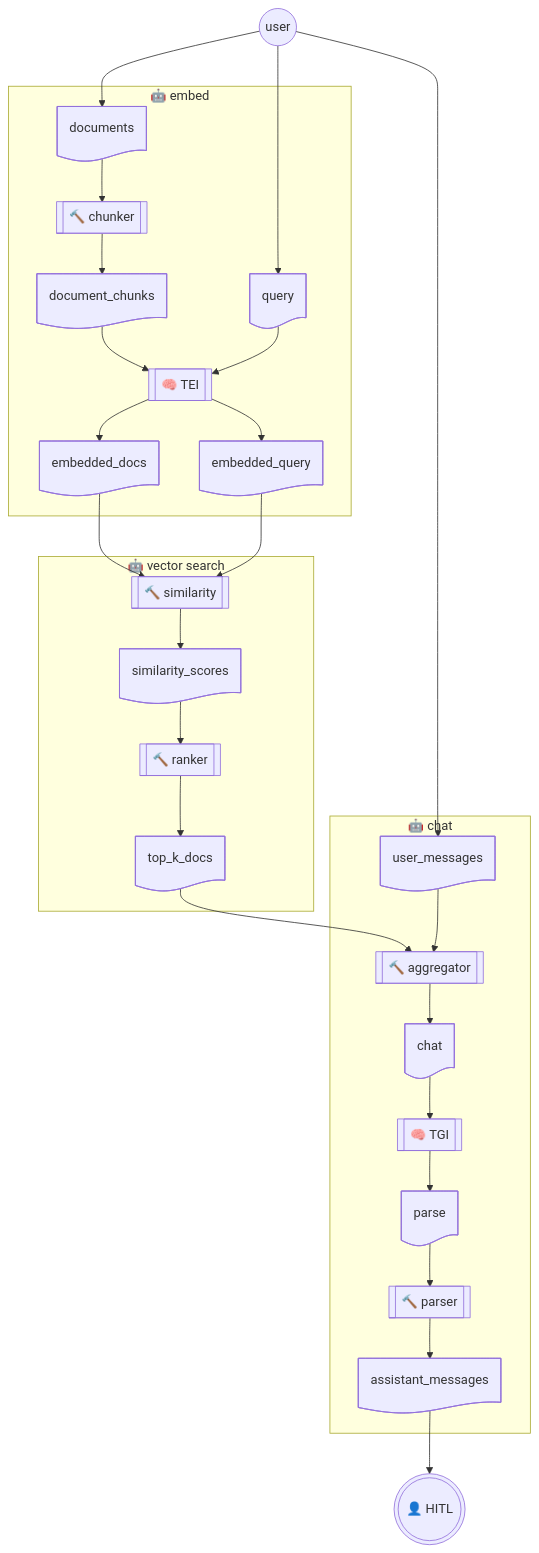
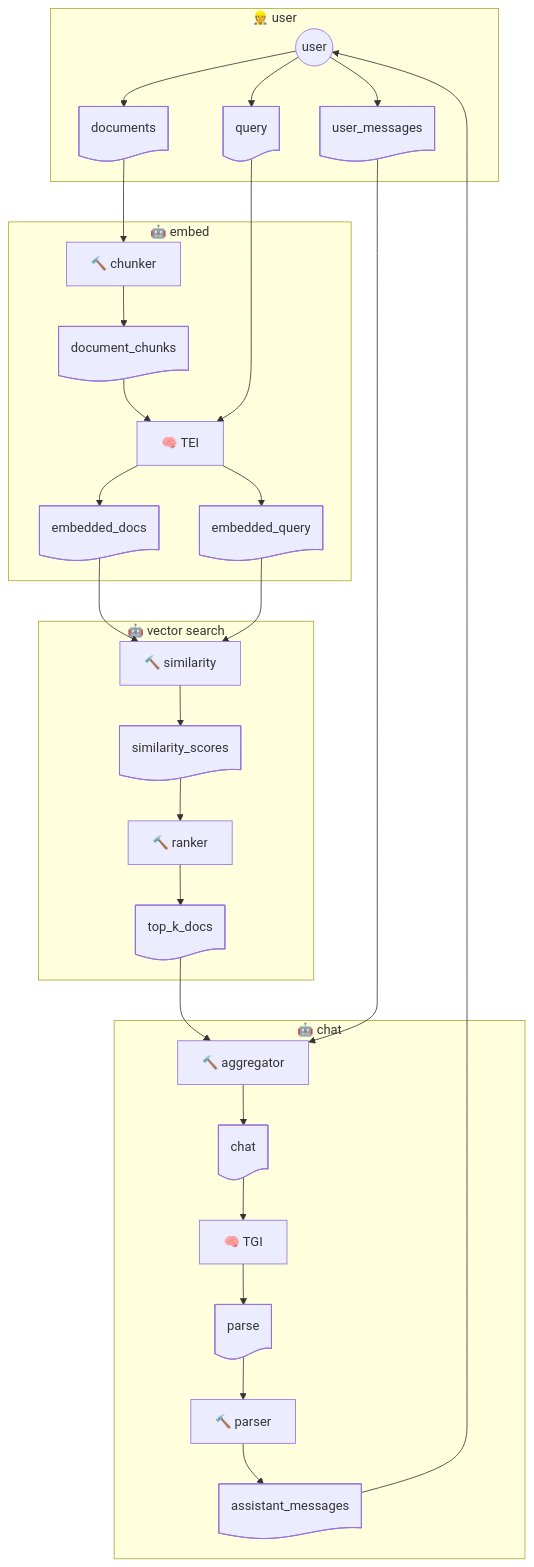
The second of 2 diagrams in phymes-book/src/phymes-agents/rag_agent.md (biom8er/phymes), drawn with Mermaid before and after one commit. The commit also changed 16 other files, not shown here.

````diff
--- a/phymes-book/src/phymes-agents/rag_agent.md
+++ b/phymes-book/src/phymes-agents/rag_agent.md
@@ -34,31 +34,33 @@
 ```mermaid
 flowchart TD
-    user@{ shape: circle, label: user } --> documents@{ shape: doc, label: documents }
-    user@{ shape: circle, label: user } --> query@{ shape: doc, label: query }
-    user@{ shape: circle, label: user } --> user_messages@{ shape: doc, label: user_messages }
+    subgraph "👷 user"
+        user@{ shape: circle, label: user } --> documents@{ shape: doc, label: documents }
+        user@{ shape: circle, label: user } --> query@{ shape: doc, label: query }
+        user@{ shape: circle, label: user } --> user_messages@{ shape: doc, label: user_messages }
+    end
     subgraph "🤖 embed"
-        documents@{ shape: doc, label: documents } --> chunker@{ shape: subproc, label: 🔨 chunker }
-        chunker@{ shape: subproc, label: 🔨 chunker } --> document_chunks@{ shape: doc, label: document_chunks }
-        document_chunks@{ shape: doc, label: document_chunks } --> TEI@{ shape: subproc, label: 🧠 TEI }
-        TEI@{ shape: subproc, label: 🧠 TEI } --> embedded_docs@{ shape: doc, label: embedded_docs }
-        query@{ shape: doc, label: query } --> TEI@{ shape: subproc, label: 🧠 TEI }
-        TEI@{ shape: subproc, label: 🧠 TEI } --> embedded_query@{ shape: doc, label: embedded_query }
+        documents@{ shape: doc, label: documents } --> chunker@{ shape: rect, label: 🔨 chunker }
+        chunker@{ shape: rect, label: 🔨 chunker } --> document_chunks@{ shape: doc, label: document_chunks }
+        document_chunks@{ shape: doc, label: document_chunks } --> TEI@{ shape: rect, label: 🧠 TEI }
+        TEI@{ shape: rect, label: 🧠 TEI } --> embedded_docs@{ shape: doc, label: embedded_docs }
+        query@{ shape: doc, label: query } --> TEI@{ shape: rect, label: 🧠 TEI }
+        TEI@{ shape: rect, label: 🧠 TEI } --> embedded_query@{ shape: doc, label: embedded_query }
     end
     subgraph "🤖 vector search"
-        embedded_docs@{ shape: doc, label: embedded_docs } --> similarity@{ shape: subproc, label: 🔨 similarity }
-        embedded_query@{ shape: doc, label: embedded_query } --> similarity@{ shape: subproc, label: 🔨 similarity }
-        similarity@{ shape: subproc, label: 🔨 similarity } --> similarity_scores@{ shape: doc, label: similarity_scores }
-        similarity_scores@{ shape: doc, label: similarity_scores } --> ranker@{ shape: subproc, label: 🔨 ranker }
-        ranker@{ shape: subproc, label: 🔨 ranker } --> top_k_docs@{ shape: doc, label: top_k_docs }
+        embedded_docs@{ shape: doc, label: embedded_docs } --> similarity@{ shape: rect, label: 🔨 similarity }
+        embedded_query@{ shape: doc, label: embedded_query } --> similarity@{ shape: rect, label: 🔨 similarity }
+        similarity@{ shape: rect, label: 🔨 similarity } --> similarity_scores@{ shape: doc, label: similarity_scores }
+        similarity_scores@{ shape: doc, label: similarity_scores } --> ranker@{ shape: rect, label: 🔨 ranker }
+        ranker@{ shape: rect, label: 🔨 ranker } --> top_k_docs@{ shape: doc, label: top_k_docs }
     end
     subgraph "🤖 chat"
-        top_k_docs@{ shape: doc, label: top_k_docs } --> aggregator@{ shape: subproc, label: 🔨 aggregator }
-        user_messages@{ shape: doc, label: user_messages } --> aggregator@{ shape: subproc, label: 🔨 aggregator }
-        aggregator@{ shape: subproc, label: 🔨 aggregator } --> c@{ shape: doc, label: chat }
-        c@{ shape: doc, label: chat } --> TGI@{ shape: subproc, label: 🧠 TGI }
-        TGI@{ shape: subproc, label: 🧠 TGI } --> parse@{ shape: doc, label: parse }
-        parse@{ shape: doc, label: parse } --> parser@{ shape: subproc, label: 🔨 parser }
-        parser@{ shape: subproc, label: 🔨 parser } --> assistant_messages@{ shape: doc, label: assistant_messages }
+        top_k_docs@{ shape: doc, label: top_k_docs } --> aggregator@{ shape: rect, label: 🔨 aggregator }
+        user_messages@{ shape: doc, label: user_messages } --> aggregator@{ shape: rect, label: 🔨 aggregator }
+        aggregator@{ shape: rect, label: 🔨 aggregator } --> c@{ shape: doc, label: chat }
+        c@{ shape: doc, label: chat } --> TGI@{ shape: rect, label: 🧠 TGI }
+        TGI@{ shape: rect, label: 🧠 TGI } --> parse@{ shape: doc, label: parse }
+        parse@{ shape: doc, label: parse } --> parser@{ shape: rect, label: 🔨 parser }
+        parser@{ shape: rect, label: 🔨 parser } --> assistant_messages@{ shape: doc, label: assistant_messages }
+        assistant_messages@{ shape: doc, label: assistant_messages } --> user@{ shape: circle, label: user }
     end
-    assistant_messages@{ shape: doc, label: assistant_messages } --> HITL@{ shape: dbl-circ, label: 👤 HITL }
 ```
````
